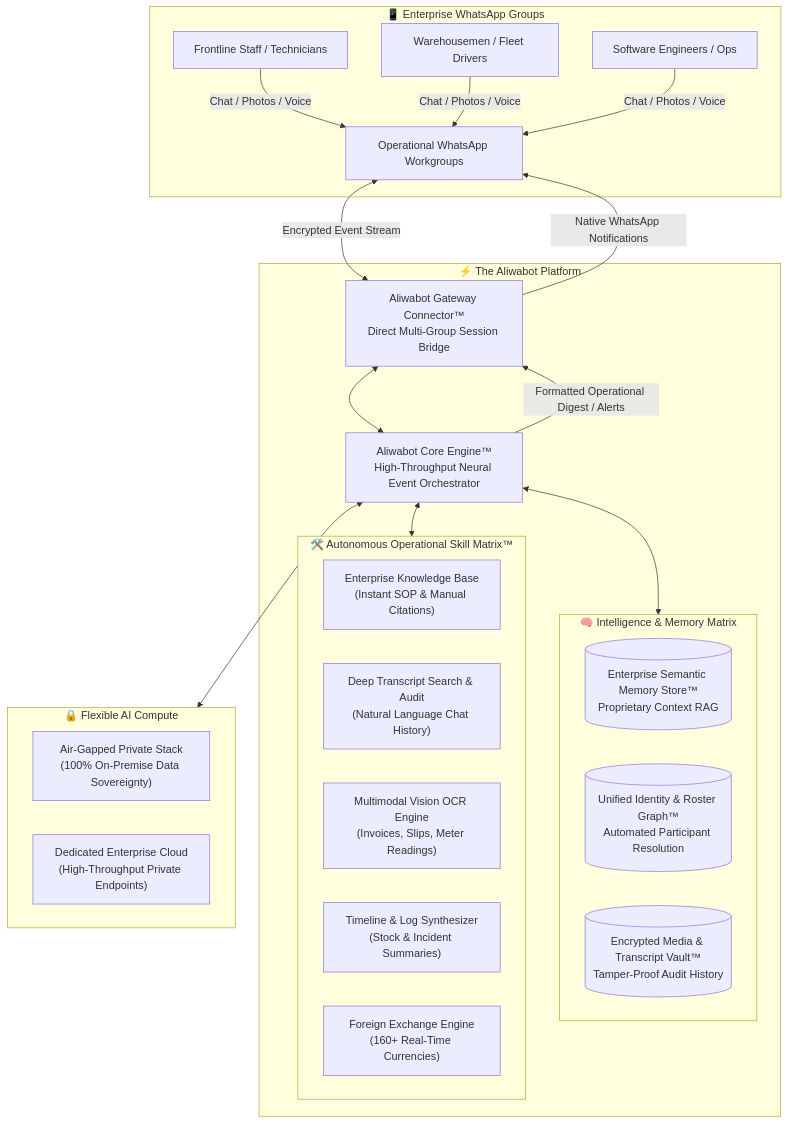
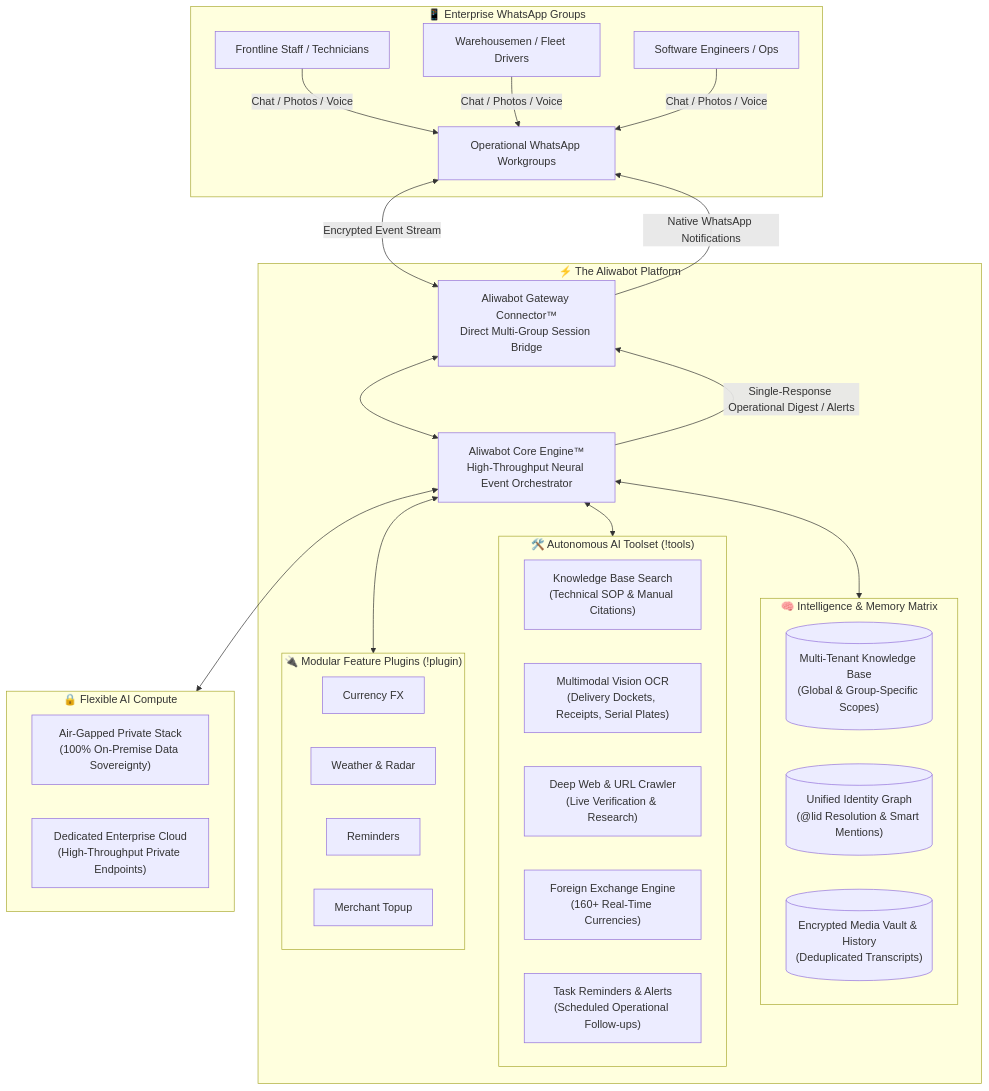
The diagram in README.md (cripperzprodigy/Aliwabot), drawn with Mermaid before and after one commit. The commit also changed other lines of this file and 2 other files, not shown here.

Commit message:
docs: align README with codebase truth (autonomous tools vs modular plugins, multi-tenant KB scopes), add Web Dashboard and OCR graphics

````diff
--- a/README.md
+++ b/README.md
@@ -284,44 +299,52 @@
 ```mermaid
 flowchart TB
     subgraph Client_Workspace ["📱 Enterprise WhatsApp Groups"]
         FieldStaff["Frontline Staff / Technicians"]
         LogisticsStaff["Warehousemen / Fleet Drivers"]
         TechStaff["Software Engineers / Ops"]
         GroupChats["Operational WhatsApp Workgroups"]
     end
 
     subgraph Aliwabot_Platform ["⚡ The Aliwabot Platform"]
         Gateway["Aliwabot Gateway Connector™\nDirect Multi-Group Session Bridge"]
         Engine["Aliwabot Core Engine™\nHigh-Throughput Neural Event Orchestrator"]
         
         subgraph Intelligence_Layer ["🧠 Intelligence & Memory Matrix"]
-            SemanticMemory[("Enterprise Semantic Memory Store™\nProprietary Context RAG")]
-            IdentityGraph[("Unified Identity & Roster Graph™\nAutomated Participant Resolution")]
-            AuditVault[("Encrypted Media & Transcript Vault™\nTamper-Proof Audit History")]
+            SemanticMemory[("Multi-Tenant Knowledge Base\n(Global & Group-Specific Scopes)")]
+            IdentityGraph[("Unified Identity Graph\n(@lid Resolution & Smart Mentions)")]
+            AuditVault[("Encrypted Media Vault & History\n(Deduplicated Transcripts)")]
         end
 
-        subgraph Skill_Matrix ["🛠️ Autonomous Operational Skill Matrix™"]
-            SkillKB["Enterprise Knowledge Base\n(Instant SOP & Manual Citations)"]
-            SkillTranscript["Deep Transcript Search & Audit\n(Natural Language Chat History)"]
-            SkillOCR["Multimodal Vision OCR Engine\n(Invoices, Slips, Meter Readings)"]
-            SkillSynthesis["Timeline & Log Synthesizer\n(Stock & Incident Summaries)"]
-            SkillFX["Foreign Exchange Engine\n(160+ Real-Time Currencies)"]
+        subgraph Tool_Suite ["🛠️ Autonomous AI Toolset (!tools)"]
+            ToolKB["Knowledge Base Search\n(Technical SOP & Manual Citations)"]
+            ToolOCR["Multimodal Vision OCR\n(Delivery Dockets, Receipts, Serial Plates)"]
+            ToolWeb["Deep Web & URL Crawler\n(Live Verification & Research)"]
+            ToolFX["Foreign Exchange Engine\n(160+ Real-Time Currencies)"]
+            ToolRemind["Task Reminders & Alerts\n(Scheduled Operational Follow-ups)"]
+        end
+
+        subgraph Plugin_Modules ["🔌 Modular Feature Plugins (!plugin)"]
+            PluginCurrency["Currency FX"]
+            PluginWeather["Weather & Radar"]
+            PluginRemind["Reminders"]
+            PluginTopup["Merchant Topup"]
         end
     end
 
     subgraph Compute_Options ["🔒 Flexible AI Compute"]
         OnPrem["Air-Gapped Private Stack\n(100% On-Premise Data Sovereignty)"]
         EnterpriseCloud["Dedicated Enterprise Cloud\n(High-Throughput Private Endpoints)"]
     end
 
     FieldStaff & LogisticsStaff & TechStaff -->|Chat / Photos / Voice| GroupChats
     GroupChats <-->|Encrypted Event Stream| Gateway
     Gateway <--> Engine
     
     Engine <--> Intelligence_Layer
-    Engine <--> Skill_Matrix
+    Engine <--> Tool_Suite
+    Engine <--> Plugin_Modules
     Engine <--> Compute_Options
     
-    Engine -->|Formatted Operational Digest / Alerts| Gateway
+    Engine -->|Single-Response Operational Digest / Alerts| Gateway
     Gateway -->|Native WhatsApp Notifications| GroupChats
 ```
````
